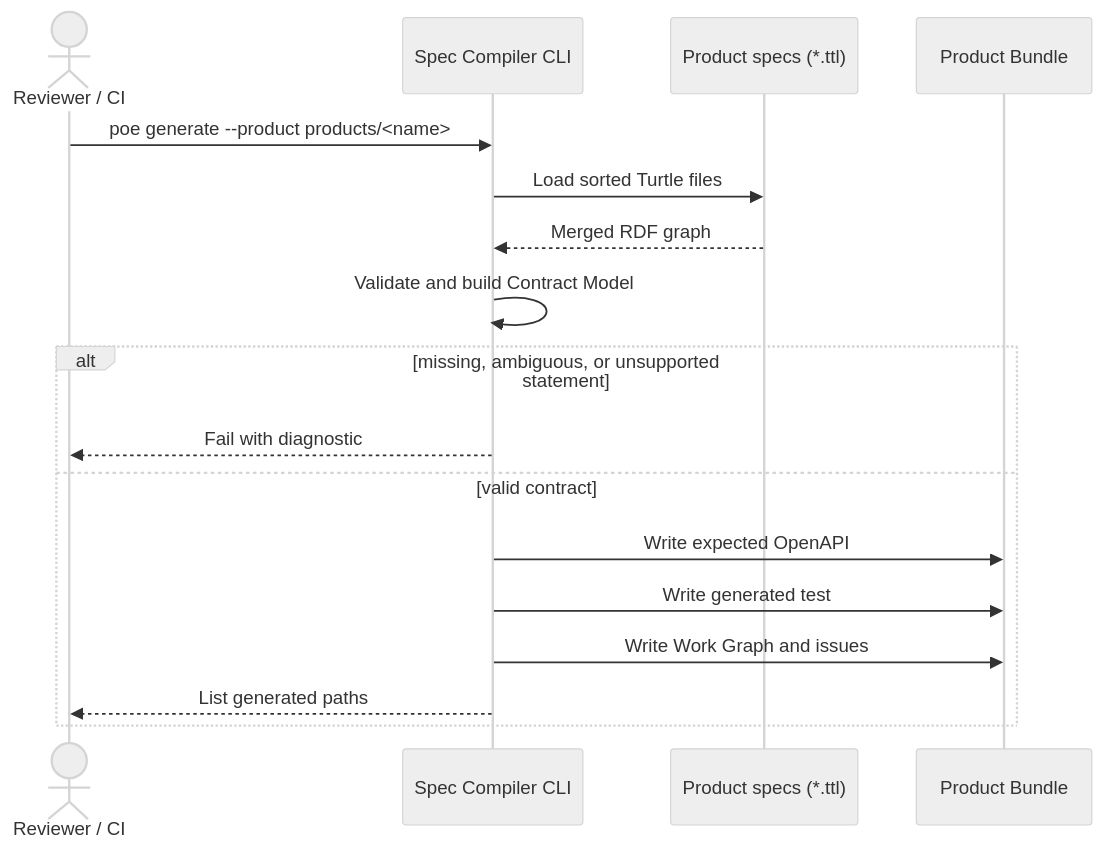
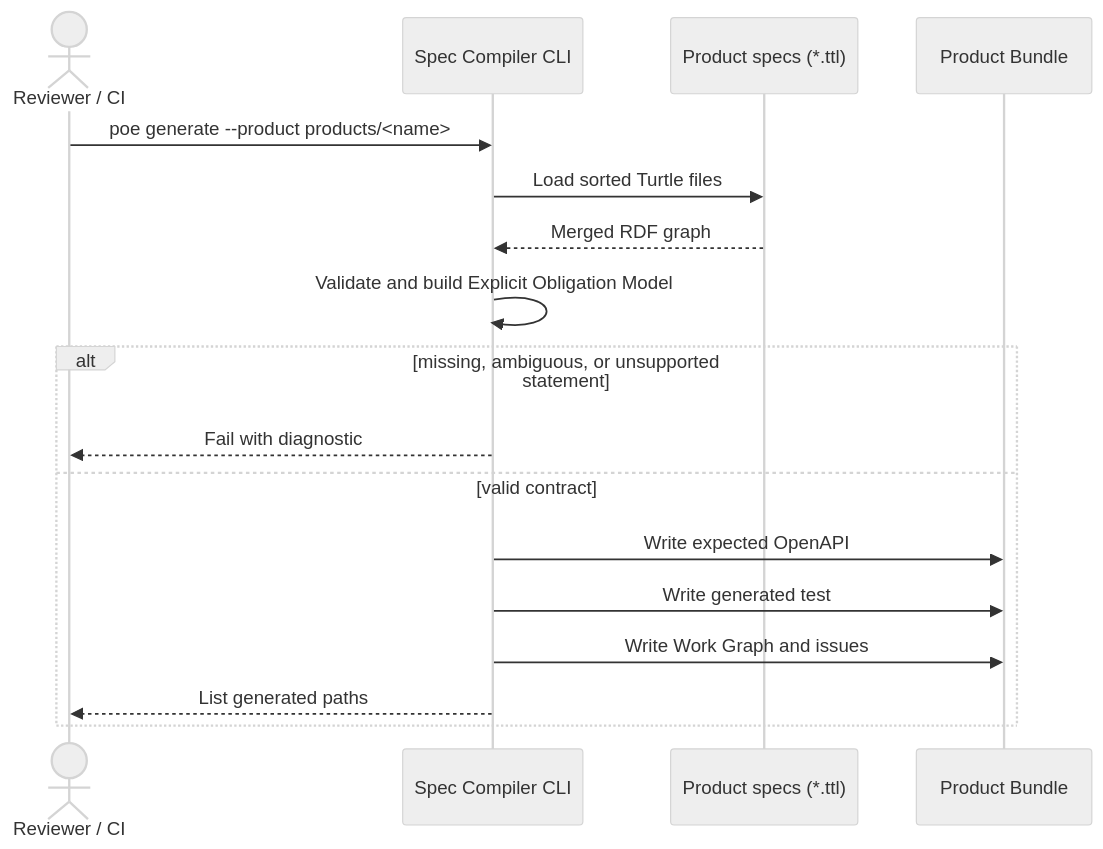
Before and after one commit to arturmiller/spec-compiler: the first of 5 diagrams in docs/architecture/arc42.md, drawn with Mermaid (neutral theme). The commit also changed other lines of this file and 11 other files, not shown here.

````diff
--- a/docs/architecture/arc42.md
+++ b/docs/architecture/arc42.md
@@ -196,20 +196,20 @@
 ```mermaid
 sequenceDiagram
     actor Operator as Reviewer / CI
     participant Compiler as Spec Compiler CLI
     participant Specs as Product specs (*.ttl)
     participant Bundle as Product Bundle
 
     Operator->>Compiler: poe generate --product products/<name>
     Compiler->>Specs: Load sorted Turtle files
     Specs-->>Compiler: Merged RDF graph
-    Compiler->>Compiler: Validate and build Contract Model
+    Compiler->>Compiler: Validate and build Explicit Obligation Model
     alt missing, ambiguous, or unsupported statement
         Compiler-->>Operator: Fail with diagnostic
     else valid contract
         Compiler->>Bundle: Write expected OpenAPI
         Compiler->>Bundle: Write generated test
         Compiler->>Bundle: Write Work Graph and issues
         Compiler-->>Operator: List generated paths
     end
 ```
````
